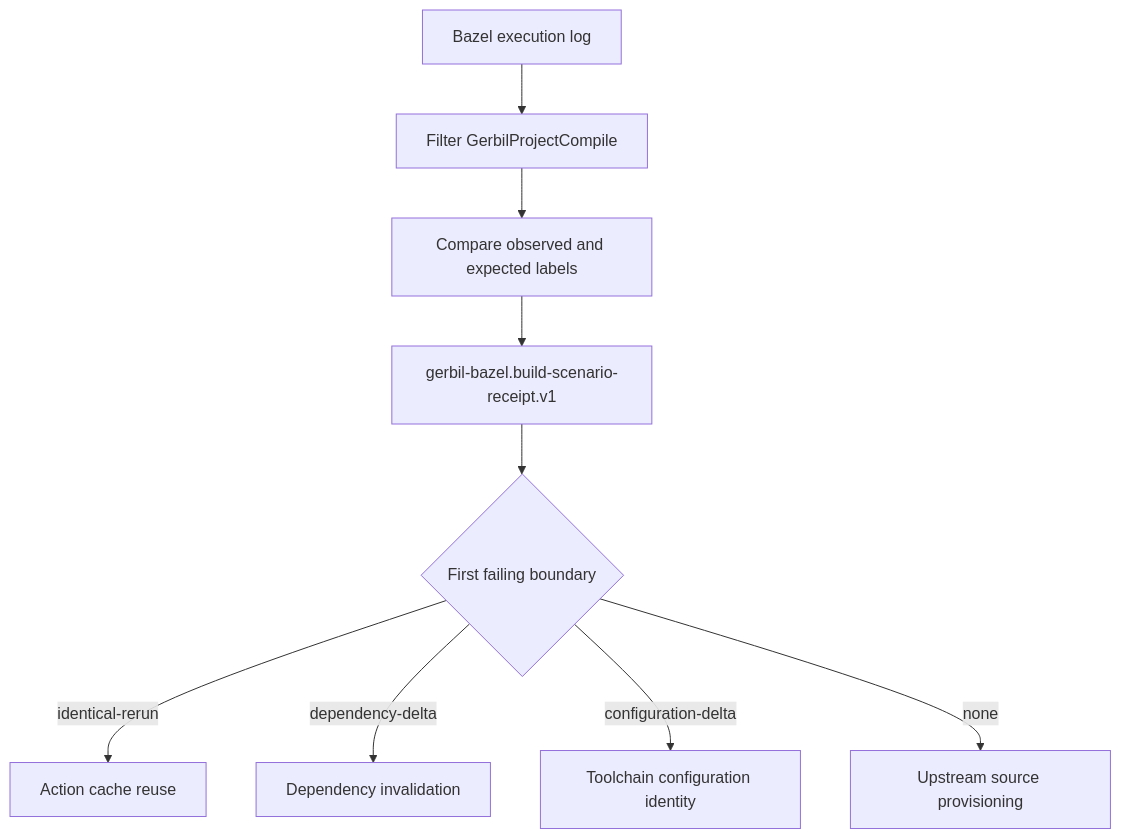
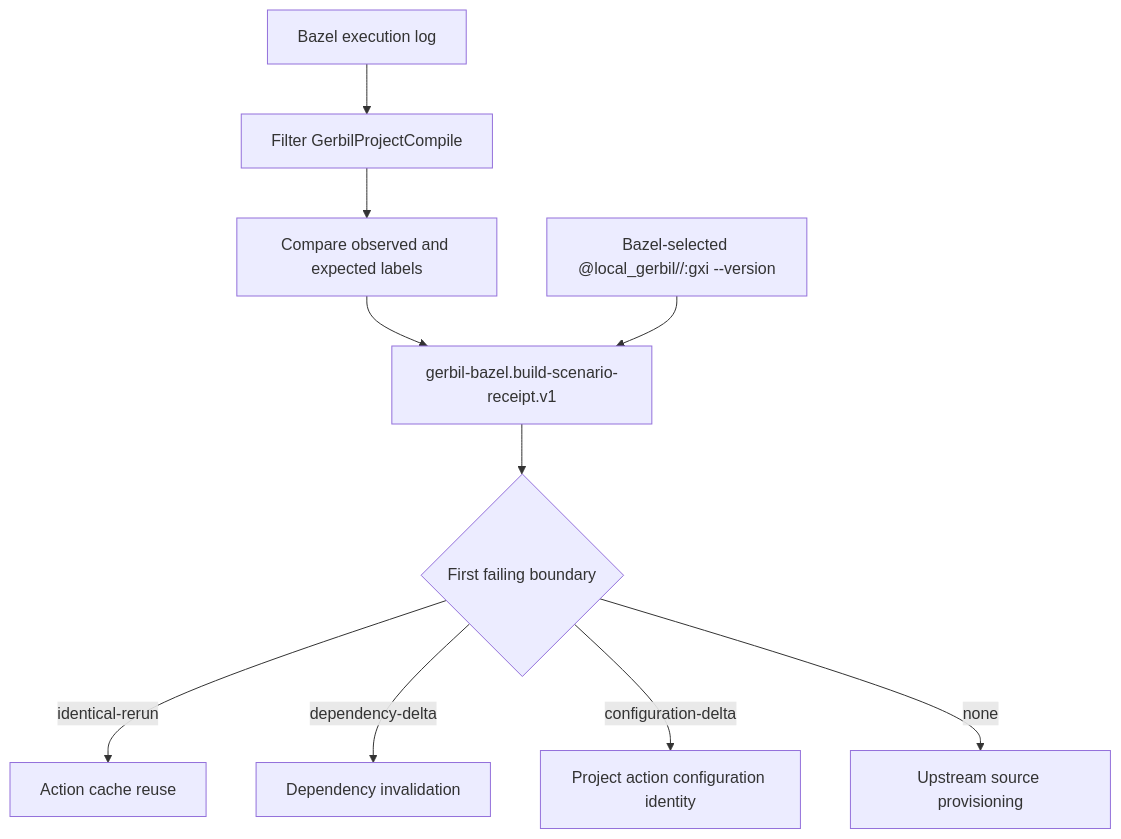
One commit to tao3k/gerbil-bazel changed the second of 2 diagrams in docs/rfc/0006-build-scenario-receipt-v1.org. Above: the diagram before and after it, drawn with Mermaid. The commit also changed other lines of this file and 16 other files, not shown here.

```diff
--- a/docs/rfc/0006-build-scenario-receipt-v1.org
+++ b/docs/rfc/0006-build-scenario-receipt-v1.org
@@ -73,11 +76,12 @@
 #+begin_src mermaid
 flowchart TD
   A["Bazel execution log"] --> B["Filter GerbilProjectCompile"]
   B --> C["Compare observed and expected labels"]
   C --> D["gerbil-bazel.build-scenario-receipt.v1"]
+  V["Bazel-selected @local_gerbil//:gxi --version"] --> D
   D --> E{"First failing boundary"}
   E -->|"identical-rerun"| F["Action cache reuse"]
   E -->|"dependency-delta"| G["Dependency invalidation"]
-  E -->|"configuration-delta"| H["Toolchain configuration identity"]
+  E -->|"configuration-delta"| H["Project action configuration identity"]
   E -->|"none"| I["Upstream source provisioning"]
 #+end_src
```
